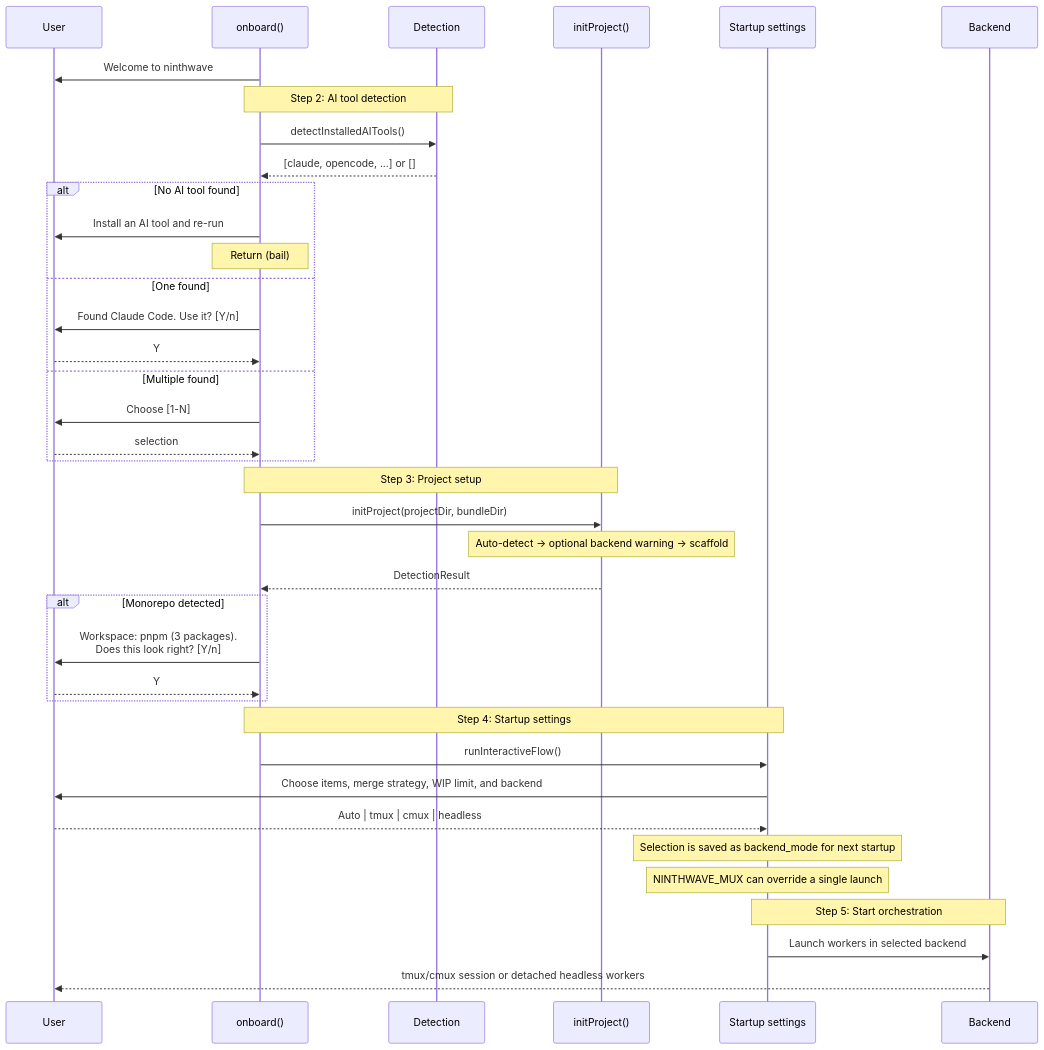
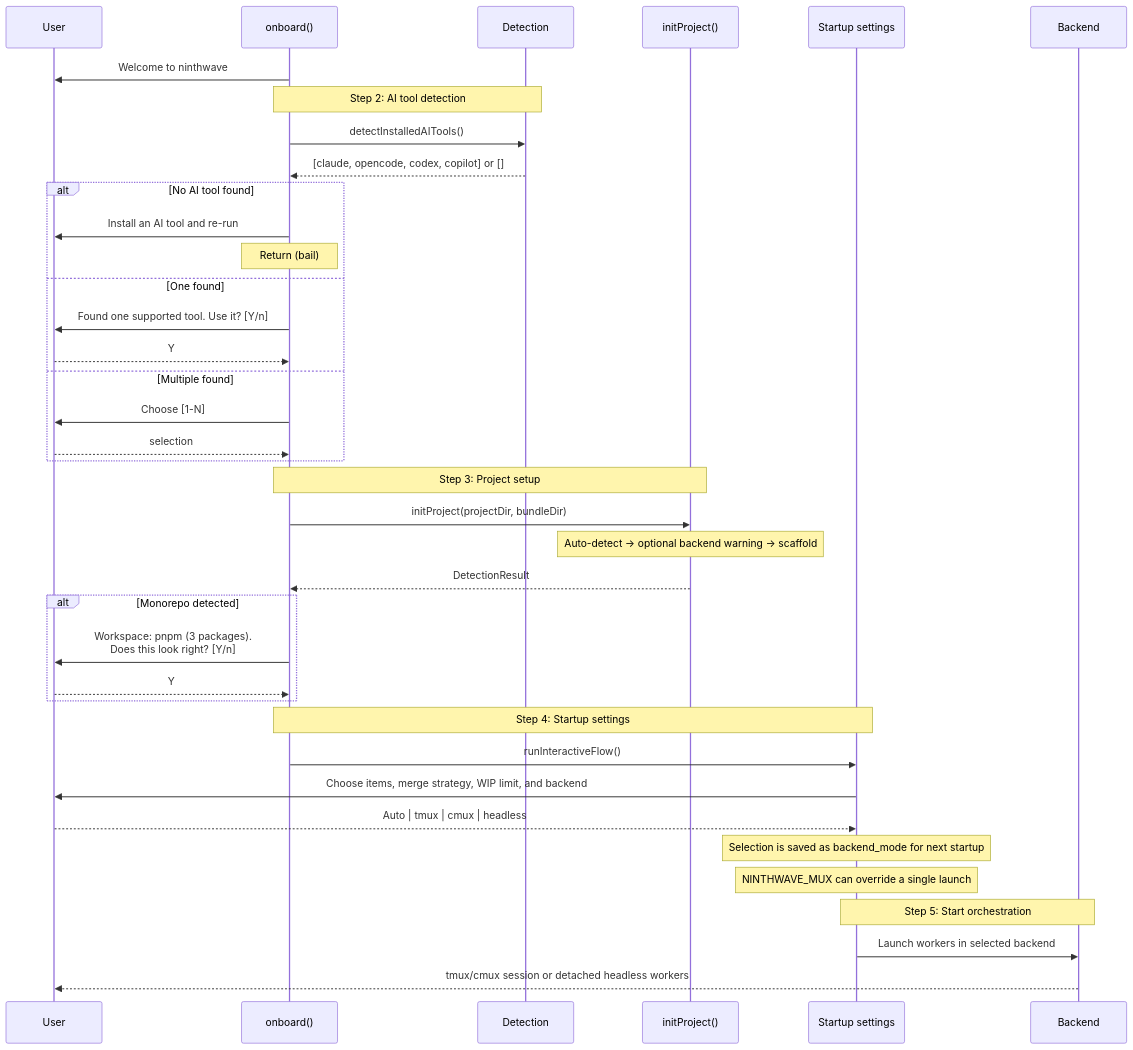
The second of 4 diagrams in docs/onboarding.md (roblambell/workflow-kit), drawn with Mermaid before and after one commit. The commit also changed other lines of this file and 5 other files, not shown here.

````diff
--- a/docs/onboarding.md
+++ b/docs/onboarding.md
@@ -56,47 +56,47 @@
 ```mermaid
 sequenceDiagram
     participant U as User
     participant O as onboard()
     participant D as Detection
     participant I as initProject()
     participant S as Startup settings
     participant B as Backend
 
     O->>U: Welcome to ninthwave
 
     Note over O,D: Step 2: AI tool detection
     O->>D: detectInstalledAITools()
-    D-->>O: [claude, opencode, ...] or []
+    D-->>O: [claude, opencode, codex, copilot] or []
 
     alt No AI tool found
         O->>U: Install an AI tool and re-run
         Note over O: Return (bail)
     else One found
-        O->>U: Found Claude Code. Use it? [Y/n]
+        O->>U: Found one supported tool. Use it? [Y/n]
         U-->>O: Y
     else Multiple found
         O->>U: Choose [1-N]
         U-->>O: selection
     end
 
     Note over O,I: Step 3: Project setup
     O->>I: initProject(projectDir, bundleDir)
     Note over I: Auto-detect → optional backend warning → scaffold
     I-->>O: DetectionResult
 
     alt Monorepo detected
         O->>U: Workspace: pnpm (3 packages).<br/>Does this look right? [Y/n]
         U-->>O: Y
     end
 
     Note over O,S: Step 4: Startup settings
     O->>S: runInteractiveFlow()
     S->>U: Choose items, merge strategy, WIP limit, and backend
     U-->>S: Auto | tmux | cmux | headless
     Note over S: Selection is saved as backend_mode for next startup
     Note over S: NINTHWAVE_MUX can override a single launch
 
     Note over S,B: Step 5: Start orchestration
     S->>B: Launch workers in selected backend
     B-->>U: tmux/cmux session or detached headless workers
 ```
````
